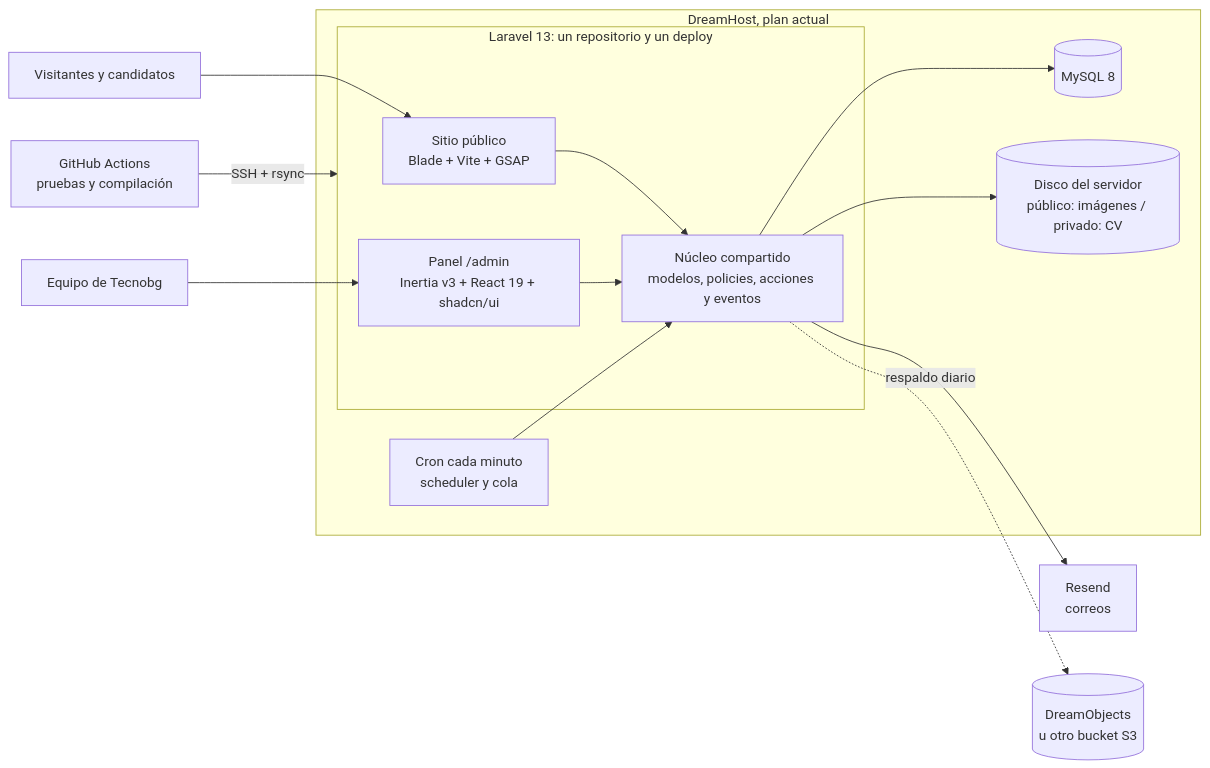
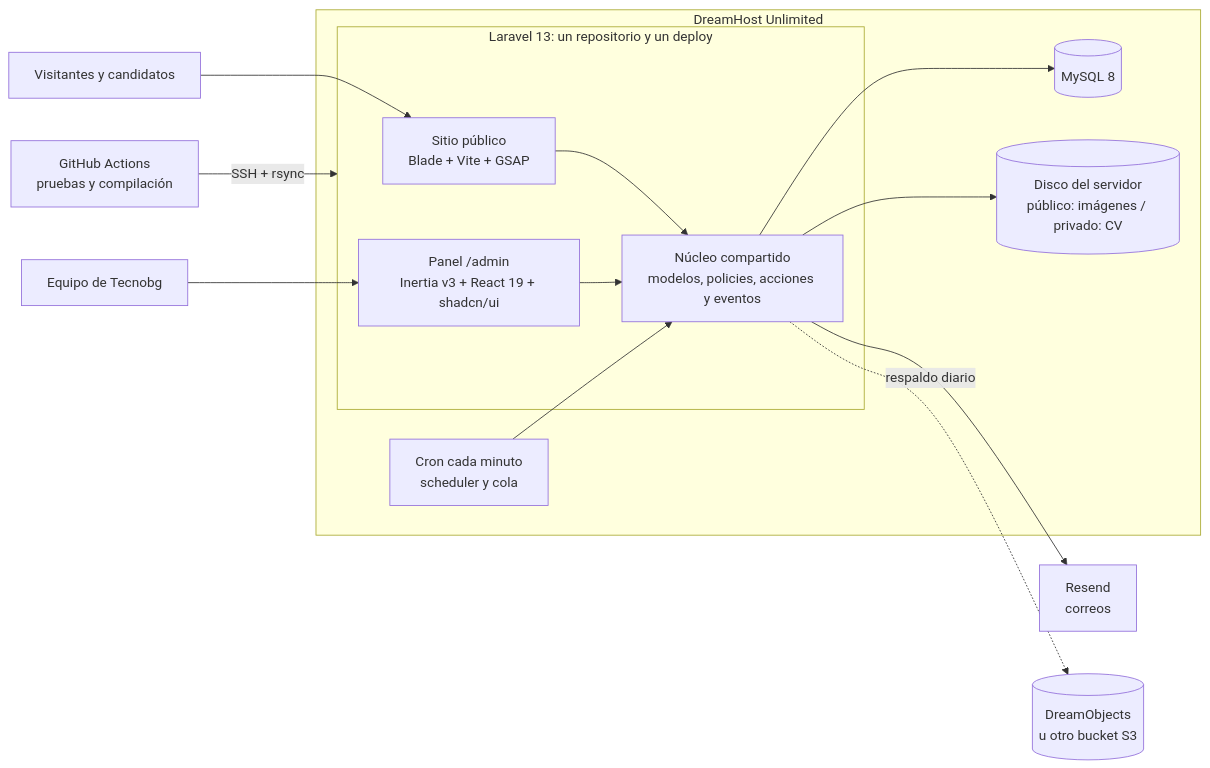
The first of 2 diagrams in docs/roadmap-laravel.md (Luot-h/prototypes-for-tecnobg-), drawn with Mermaid before and after one commit. The commit also changed other lines of this file and 1 other file, not shown here.

First line of the commit message:
Roadmap: el plan de DreamHost es Shared Unlimited

````diff
--- a/docs/roadmap-laravel.md
+++ b/docs/roadmap-laravel.md
@@ -64,23 +64,23 @@
 ```mermaid
 flowchart LR
     V["Visitantes y candidatos"] --> S
     E["Equipo de Tecnobg"] --> A
     GH["GitHub Actions<br/>pruebas y compilación"] -- "SSH + rsync" --> APP
-    subgraph DH["DreamHost, plan actual"]
+    subgraph DH["DreamHost Unlimited"]
         subgraph APP["Laravel 13: un repositorio y un deploy"]
             S["Sitio público<br/>Blade + Vite + GSAP"]
             A["Panel /admin<br/>Inertia v3 + React 19 + shadcn/ui"]
             D["Núcleo compartido<br/>modelos, policies, acciones y eventos"]
             S --> D
             A --> D
         end
         DB[("MySQL 8")]
         F[("Disco del servidor<br/>público: imágenes / privado: CV")]
         C["Cron cada minuto<br/>scheduler y cola"]
     end
     D --> DB
     D --> F
     C --> D
     D --> M["Resend<br/>correos"]
     D -. "respaldo diario" .-> B[("DreamObjects<br/>u otro bucket S3")]
 ```
````
